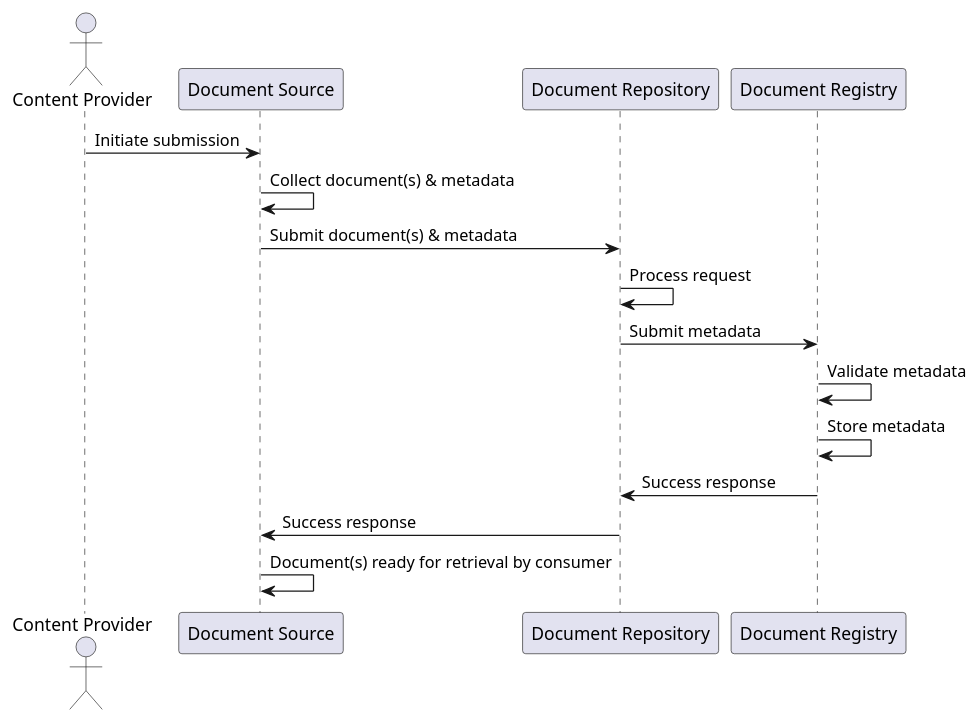
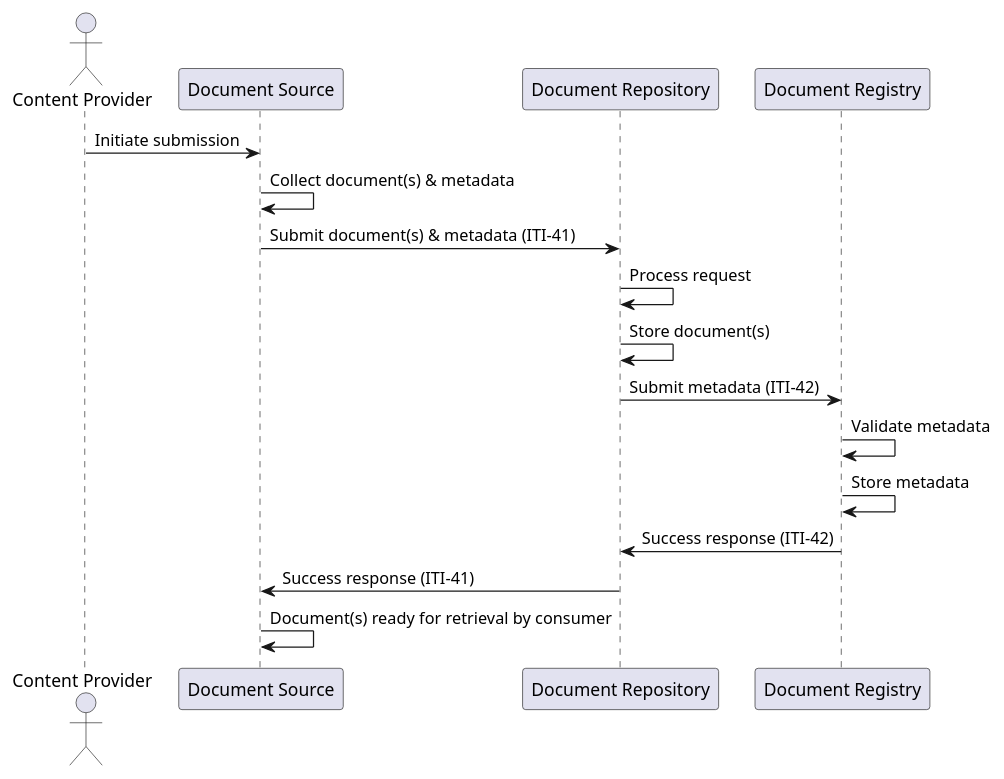
The diagram in puml/sequence-s1.puml (medcomdk/dk-medcom-document), drawn with PlantUML before and after one commit. The commit also changed 9 other files, not shown here.

Commit message:
Updated sequence diagrams

```diff
--- a/puml/sequence-s1.puml
+++ b/puml/sequence-s1.puml
@@ -1,17 +1,18 @@
 @startuml
 actor "Content Provider" as CS
 participant "Document Source" as DS
 participant "Document Repository" as DR
 participant "Document Registry" as DReg
 
 CS -> DS: Initiate submission
 DS -> DS: Collect document(s) & metadata
-DS -> DR: Submit document(s) & metadata
+DS -> DR: Submit document(s) & metadata (ITI-41)
 DR -> DR: Process request
-DR -> DReg: Submit metadata
+DR -> DR: Store document(s)
+DR -> DReg: Submit metadata (ITI-42)
 DReg -> DReg: Validate metadata
 DReg -> DReg: Store metadata
-DReg -> DR: Success response
-DR -> DS: Success response
+DReg -> DR: Success response (ITI-42)
+DR -> DS: Success response (ITI-41)
 DS -> DS: Document(s) ready for retrieval by consumer
 @enduml
```
